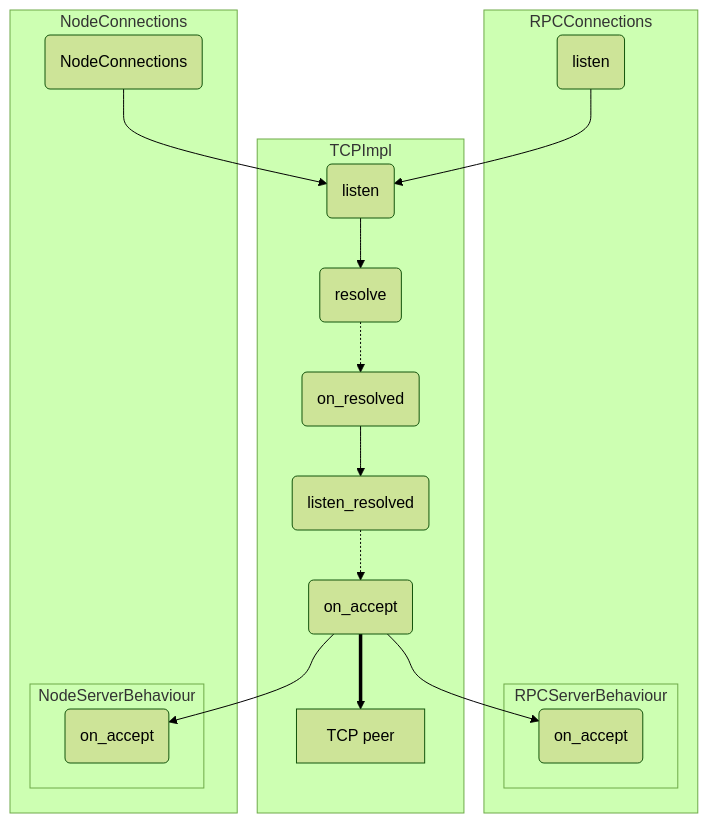
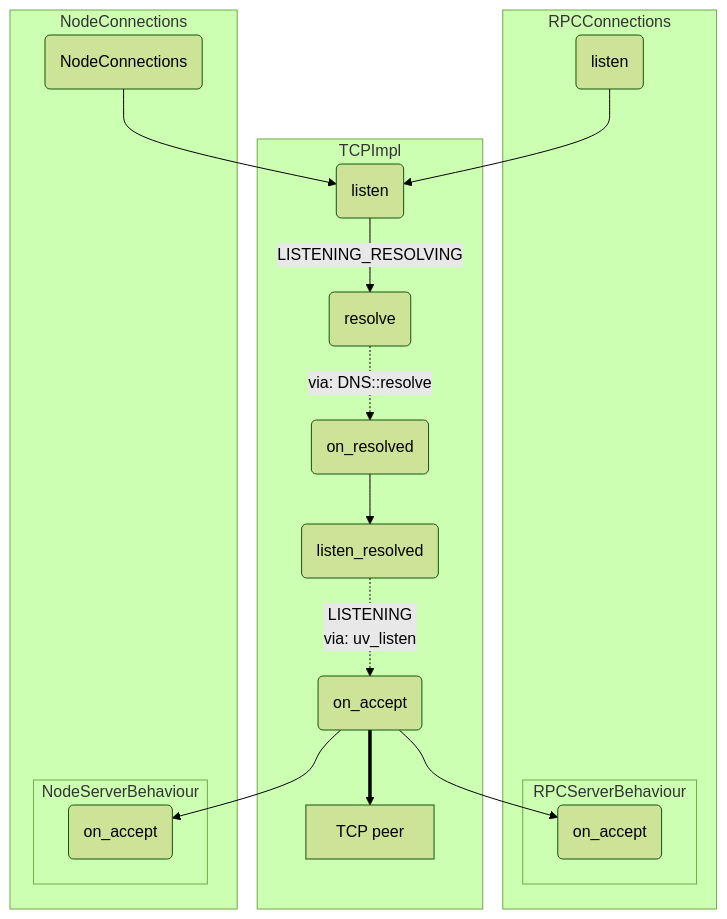
The third of 4 diagrams in doc/architecture/tcp_internals.rst (microsoft/CCF), drawn with Mermaid (forest theme) before and after one commit.

Commit message:
edge annotation on server flow

```diff
--- a/doc/architecture/tcp_internals.rst
+++ b/doc/architecture/tcp_internals.rst
@@ -116,38 +116,38 @@
 .. mermaid::
 
     graph TD
         subgraph RPCConnections
             rl(listen)
             subgraph RPCServerBehaviour
                 rsboa(on_accept)
             end
         end
 
         subgraph TCPImpl
             tl(listen)
             tr(resolve)
             tor(on_resolved)
             tlr(listen_resolved)
             toa(on_accept)
             tp[TCP peer]
         end
 
         subgraph NodeConnections
             nctor(NodeConnections)
             subgraph NodeServerBehaviour
                 nsboa(on_accept)
             end
         end
 
         %% Entry Points
         rl --> tl
         nctor --> tl
 
         %% Listen path
-        tl --> tr
-        tr -.-> tor
+        tl -- LISTENING_RESOLVING --> tr
+        tr -. via: DNS::resolve .-> tor
         tor --> tlr
-        tlr -.-> toa
+        tlr -. LISTENING<br>via: uv_listen .-> toa
         toa --> rsboa
         toa --> nsboa
         toa ==> tp
```
